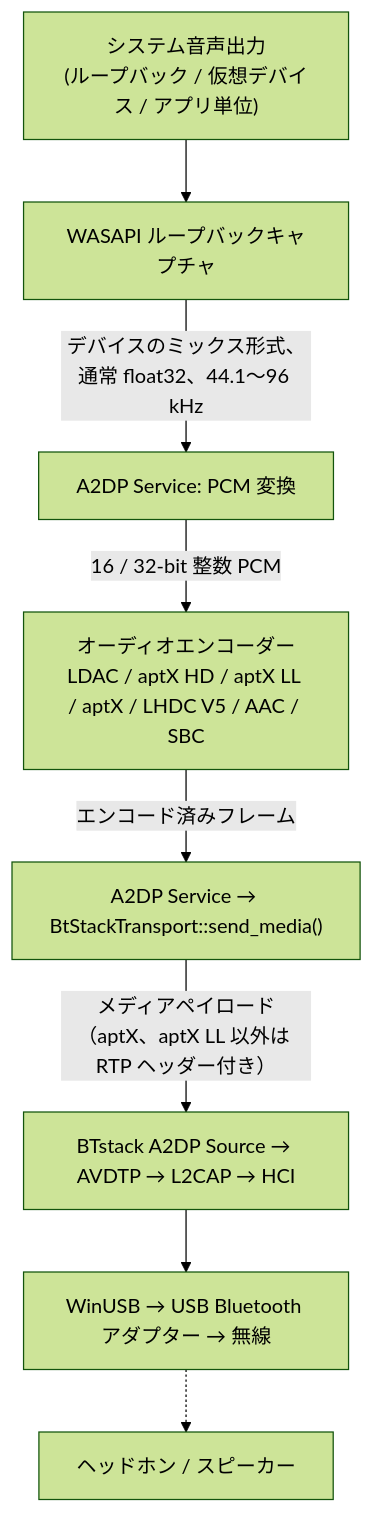
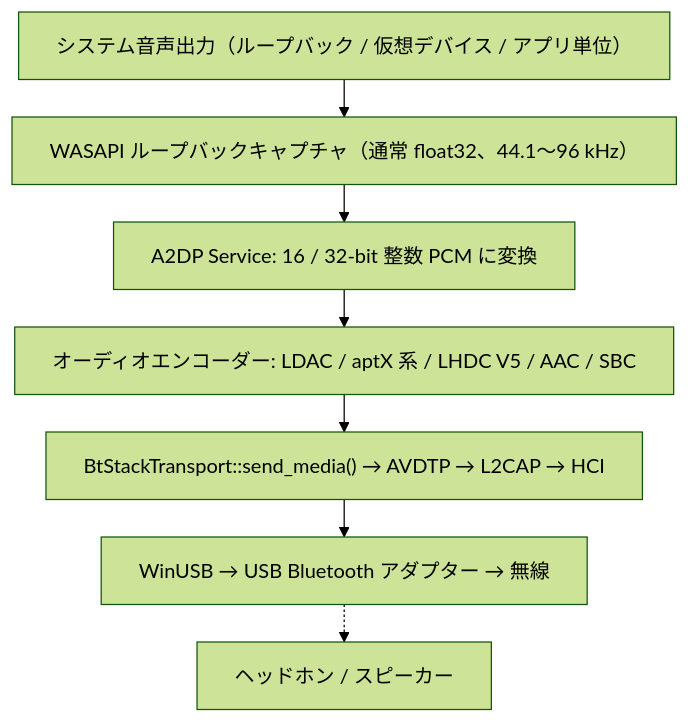
One commit to SeiyaFunaokaJP/A2DP-Windows-Bridge changed the third of 4 diagrams in docs/ja/architecture.md. Above: the diagram before and after it, drawn with Mermaid (forest theme). The commit also changed other lines of this file and 5 other files, not shown here.

First line of the commit message:
docs: keep Mermaid diagram labels on one line

````diff
--- a/docs/ja/architecture.md
+++ b/docs/ja/architecture.md
@@ -151,18 +150,16 @@
 ```mermaid
+---
+config:
+  flowchart:
+    wrappingWidth: 480
+    rankSpacing: 30
+---
 flowchart TD
-    out["システム音声出力<br/>(ループバック / 仮想デバイス / アプリ単位)"]
-    cap["WASAPI ループバックキャプチャ"]
-    conv["A2DP Service: PCM 変換"]
-    enc["オーディオエンコーダー<br/>LDAC / aptX HD / aptX LL / aptX / LHDC V5 / AAC / SBC"]
-    send["A2DP Service → BtStackTransport::send_media()"]
-    stack["BTstack A2DP Source → AVDTP → L2CAP → HCI"]
-    usb["WinUSB → USB Bluetooth アダプター → 無線"]
-    hp["ヘッドホン / スピーカー"]
-    out --> cap
-    cap -- "デバイスのミックス形式、通常 float32、44.1〜96 kHz" --> conv
-    conv -- "16 / 32-bit 整数 PCM" --> enc
-    enc -- "エンコード済みフレーム" --> send
-    send -- "メディアペイロード（aptX、aptX LL 以外は RTP ヘッダー付き）" --> stack
-    stack --> usb
-    usb -.-> hp
+    out["システム音声出力（ループバック / 仮想デバイス / アプリ単位）"]
+    out --> cap["WASAPI ループバックキャプチャ（通常 float32、44.1〜96 kHz）"]
+    cap --> conv["A2DP Service: 16 / 32-bit 整数 PCM に変換"]
+    conv --> enc["オーディオエンコーダー: LDAC / aptX 系 / LHDC V5 / AAC / SBC"]
+    enc --> stack["BtStackTransport::send_media() → AVDTP → L2CAP → HCI"]
+    stack --> usb["WinUSB → USB Bluetooth アダプター → 無線"]
+    usb -.-> hp["ヘッドホン / スピーカー"]
 ```
````
